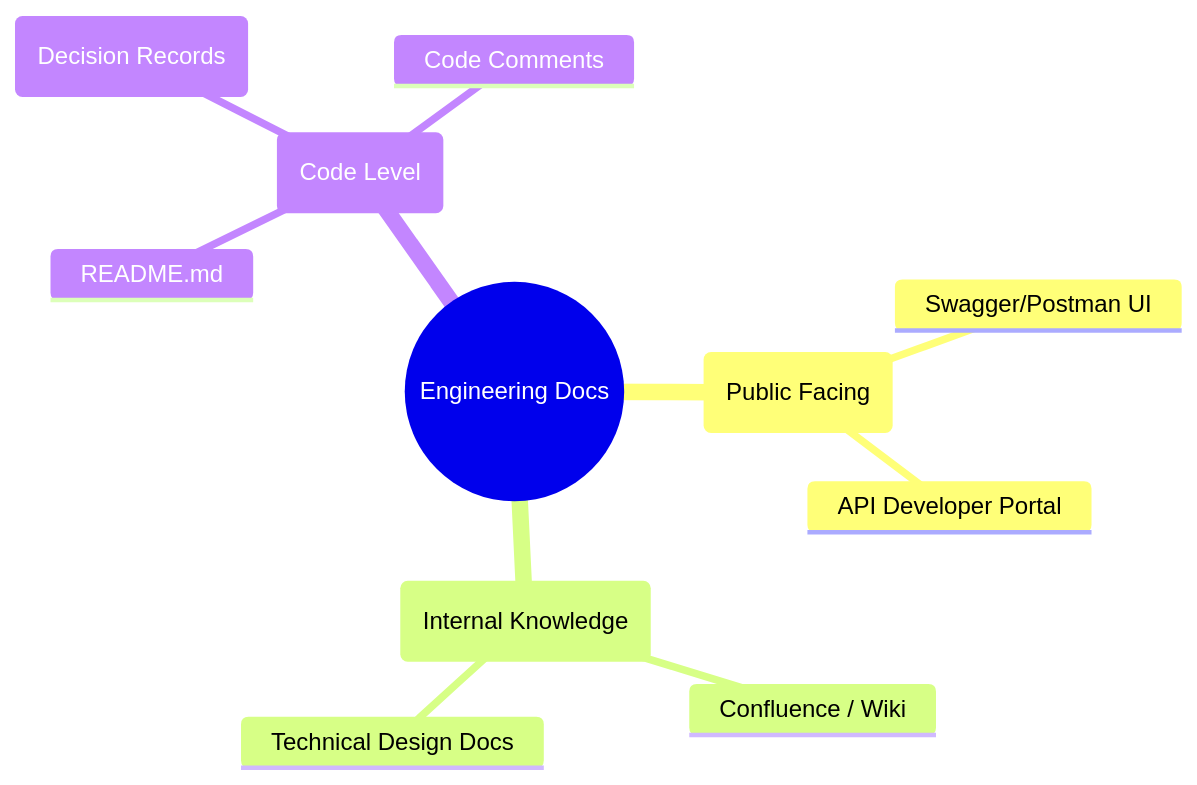
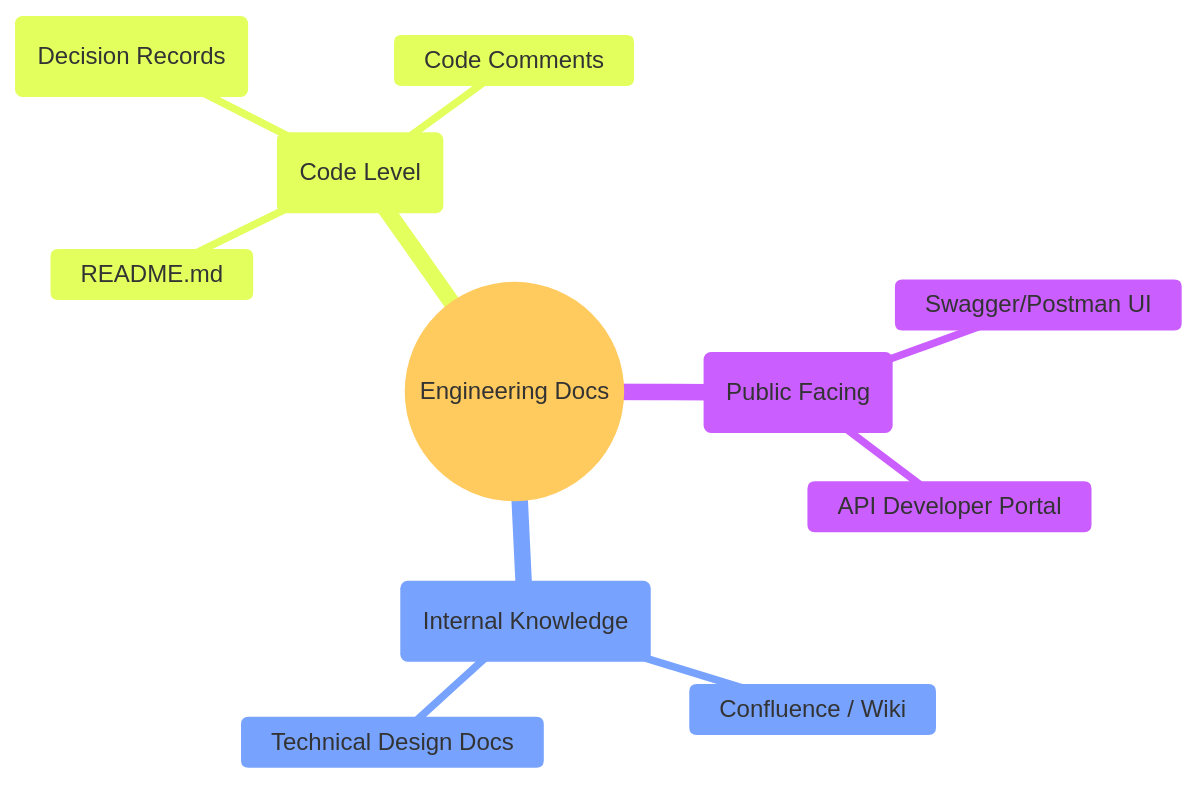
Before and after one commit to alvianzf/introduction-to-nest: the first of 2 diagrams in DOCUMENTATION_TYPES.md, drawn with Mermaid.

Commit message:
docs: fix mermaid mindmap color visibility for better contrast

````diff
--- a/DOCUMENTATION_TYPES.md
+++ b/DOCUMENTATION_TYPES.md
@@ -27,14 +27,15 @@
 ```mermaid
+%%{init: { 'theme': 'base', 'themeVariables': { 'lineColor': '#666', 'nodeTextColor': '#fff', 'mainBkg': '#2d3436' }}}%%
 mindmap
   root((Engineering Docs))
     (Public Facing)
       Swagger/Postman UI
       API Developer Portal
     (Internal Knowledge)
       Confluence / Wiki
       Technical Design Docs
     (Code Level)
       README.md
       ADRs (Decision Records)
       Code Comments
 ```
````
